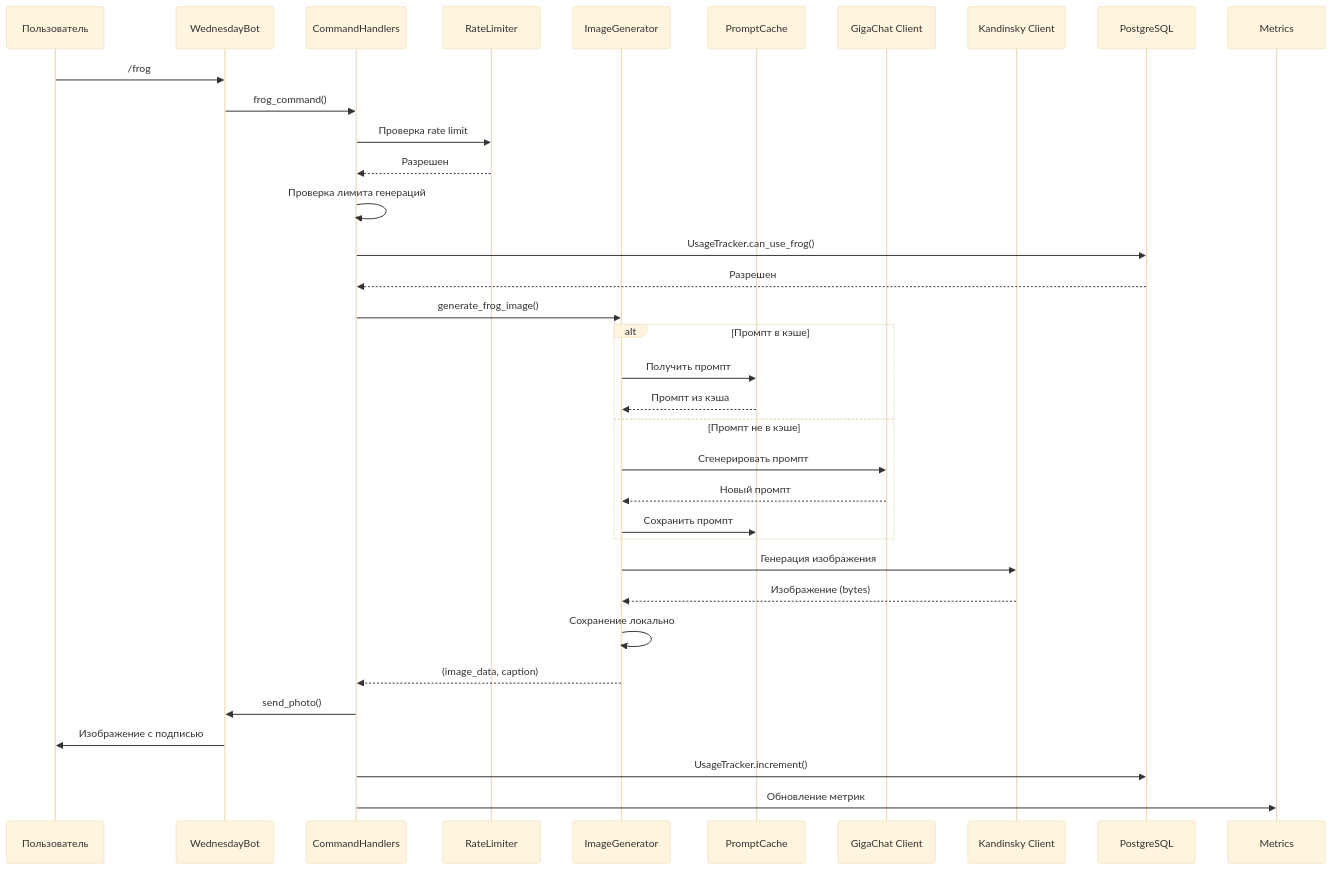
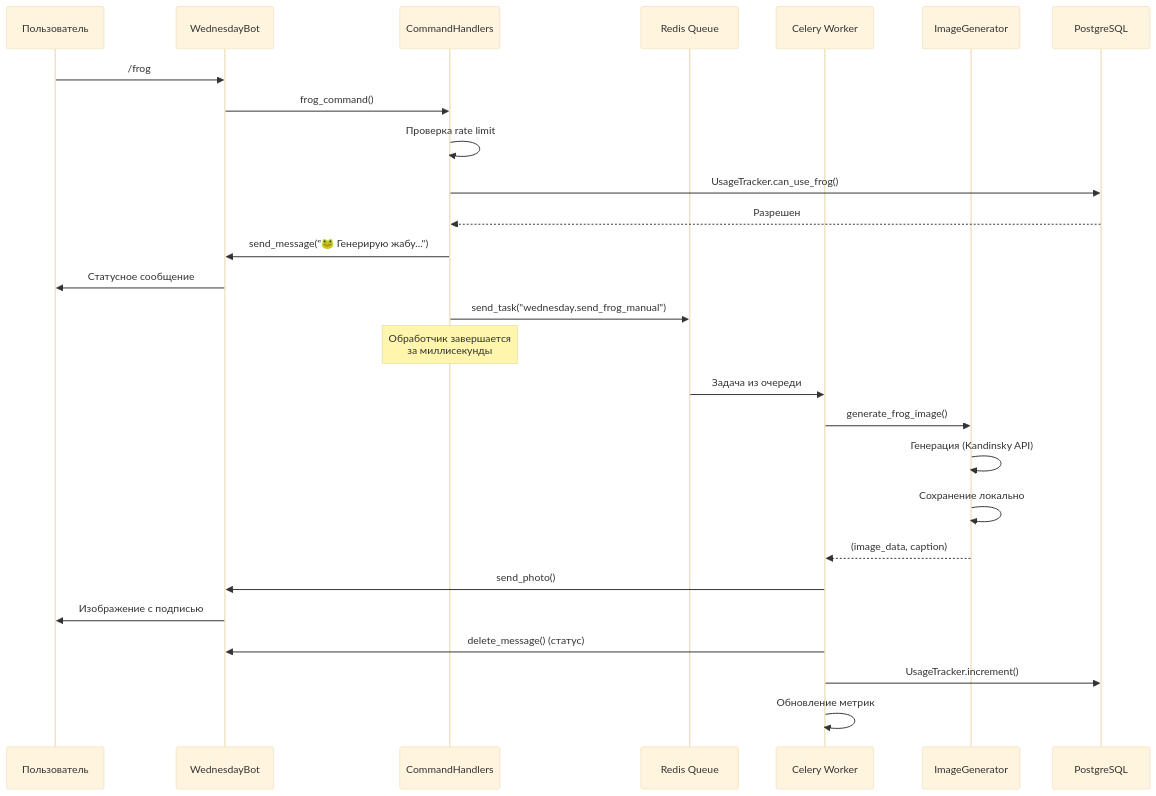
One commit to freemspwnz/wednesday changed the second of 5 diagrams in docs/ARCHITECTURE.md. Above: the diagram before and after it, drawn with Mermaid (base theme). The commit also changed other lines of this file and 4 other files, not shown here.

First line of the commit message:
chore(docs): update documentation for /frog Celery migration

````diff
--- a/docs/ARCHITECTURE.md
+++ b/docs/ARCHITECTURE.md
@@ -306,46 +308,36 @@
 ```mermaid
 sequenceDiagram
     participant User as Пользователь
     participant Bot as WednesdayBot
     participant Handler as CommandHandlers
-    participant RL as RateLimiter
+    participant Queue as Redis Queue
+    participant Worker as Celery Worker
     participant IG as ImageGenerator
-    participant PC as PromptCache
-    participant GC as GigaChat Client
-    participant KC as Kandinsky Client
     participant PG as PostgreSQL
-    participant Metrics as Metrics
 
     User->>Bot: /frog
     Bot->>Handler: frog_command()
 
-    Handler->>RL: Проверка rate limit
-    RL-->>Handler: Разрешен
-
-    Handler->>Handler: Проверка лимита генераций
+    Handler->>Handler: Проверка rate limit
     Handler->>PG: UsageTracker.can_use_frog()
     PG-->>Handler: Разрешен
 
-    Handler->>IG: generate_frog_image()
+    Handler->>Bot: send_message("🐸 Генерирую жабу...")
+    Bot->>User: Статусное сообщение
 
-    alt Промпт в кэше
-        IG->>PC: Получить промпт
-        PC-->>IG: Промпт из кэша
-    else Промпт не в кэше
-        IG->>GC: Сгенерировать промпт
-        GC-->>IG: Новый промпт
-        IG->>PC: Сохранить промпт
-    end
+    Handler->>Queue: send_task("wednesday.send_frog_manual")
+    Note over Handler: Обработчик завершается<br/>за миллисекунды
 
-    IG->>KC: Генерация изображения
-    KC-->>IG: Изображение (bytes)
+    Queue->>Worker: Задача из очереди
+    Worker->>IG: generate_frog_image()
+    IG->>IG: Генерация (Kandinsky API)
+    IG->>IG: Сохранение локально
+    IG-->>Worker: (image_data, caption)
 
-    IG->>IG: Сохранение локально
-    IG-->>Handler: (image_data, caption)
+    Worker->>Bot: send_photo()
+    Bot->>User: Изображение с подписью
+    Worker->>Bot: delete_message() (статус)
 
-    Handler->>Bot: send_photo()
-    Bot->>User: Изображение с подписью
-
-    Handler->>PG: UsageTracker.increment()
-    Handler->>Metrics: Обновление метрик
+    Worker->>PG: UsageTracker.increment()
+    Worker->>Worker: Обновление метрик
 ```
````
